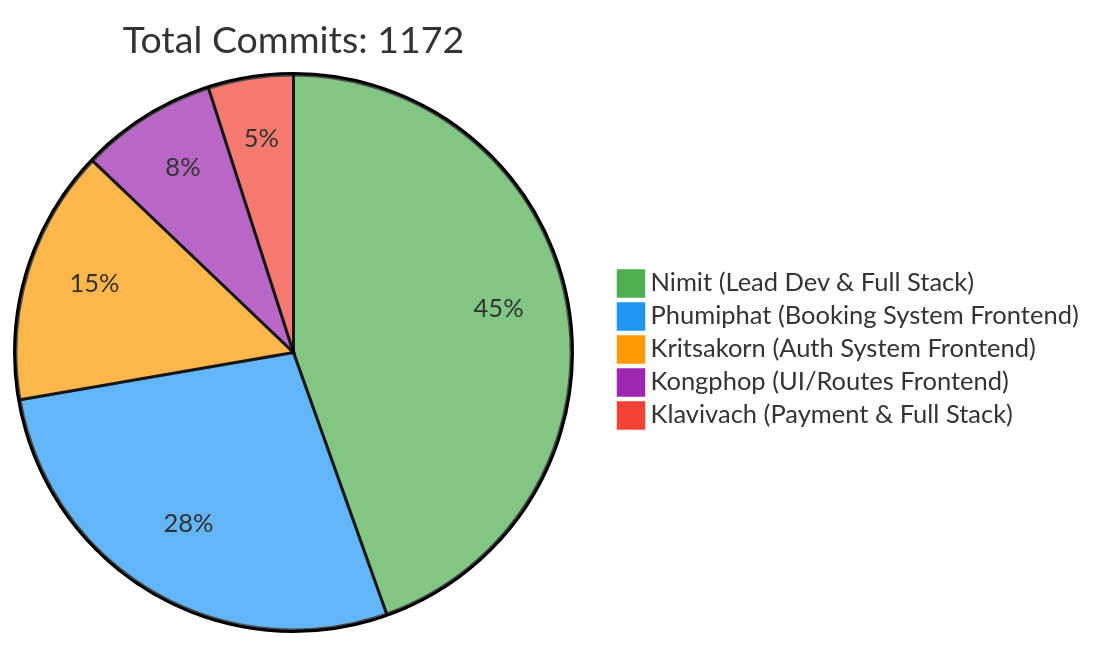
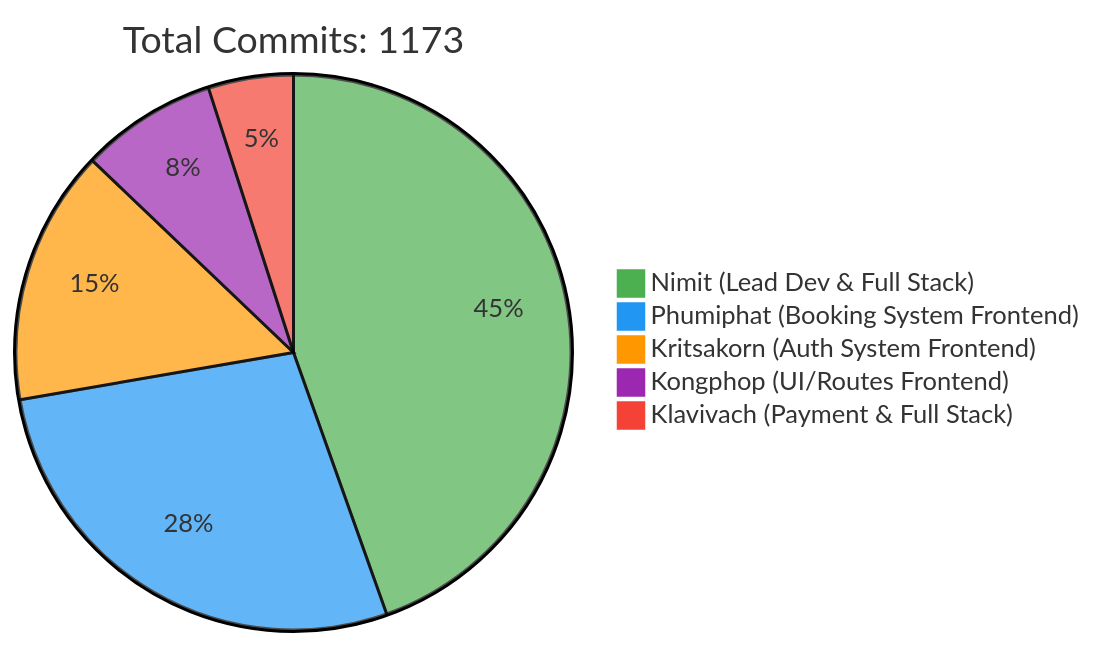
Before and after one commit to 6531503042/Sport-Complex: the first of 2 diagrams in README.md, drawn with Mermaid. The commit also changed other lines of this file, not shown here.

Commit message:
docs: Update contributor statistics [skip ci]

````diff
--- a/README.md
+++ b/README.md
@@ -257,10 +257,10 @@
 ```mermaid
 %%{init: {'theme': 'base', 'themeVariables': { 'pie1': '#4CAF50', 'pie2': '#2196F3', 'pie3': '#FF9800', 'pie4': '#9C27B0', 'pie5': '#F44336'}}}%%
 pie
-    title Total Commits: 1172
+    title Total Commits: 1173
     "Nimit (Lead Dev & Full Stack)" : 450
     "Phumiphat (Booking System Frontend)" : 280
     "Kritsakorn (Auth System Frontend)" : 150
     "Kongphop (UI/Routes Frontend)" : 80
     "Klavivach (Payment & Full Stack)" : 50
 ```
````
